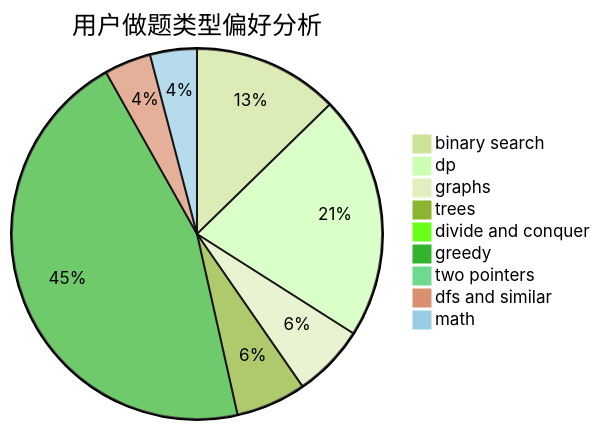
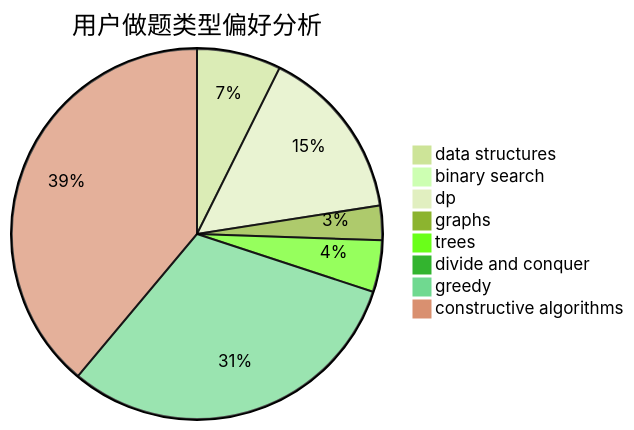
Before and after one commit to sherpahu/cfrs.github.io: the second of 3 diagrams in docs/user/u141.md, drawn with Mermaid (forest theme). The commit also changed other lines of this file and 2775 other files, not shown here.

````diff
--- a/docs/user/u141.md
+++ b/docs/user/u141.md
@@ -23,12 +23,11 @@
 ```mermaid
 pie title 用户做题类型偏好分析
-    "binary search" :  56
-    "dp" :  94
-    "graphs" :  28
+    "data structures" :  44
+    "binary search" :  4
+    "dp" :  91
+    "graphs" :  18
     "trees" :  27
     "divide and conquer" :  0
-    "greedy" :  200
-    "two pointers" :  0
-    "dfs and similar" :  18
-    "math" :  18
+    "greedy" :  186
+    "constructive algorithms" :  233
 ```
````
